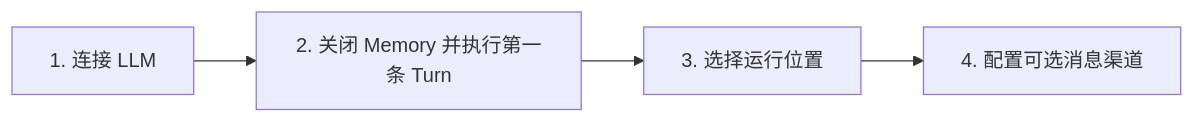
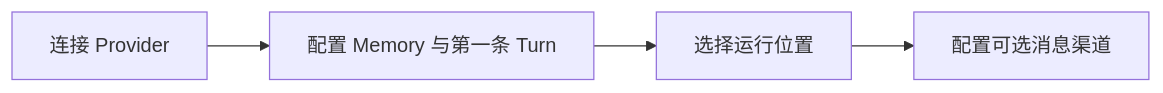
The diagram in docs/onboarding/README.zh-CN.md (Morimi-Kazuha/Looprail-Agent), drawn with Mermaid before and after one commit. The commit also changed other lines of this file and 1308 other files, not shown here.

````diff
--- a/docs/onboarding/README.zh-CN.md
+++ b/docs/onboarding/README.zh-CN.md
@@ -45,6 +47,6 @@
 ```mermaid
 flowchart LR
-    A["1. 连接 LLM"] --> B["2. 关闭 Memory 并执行第一条 Turn"]
-    B --> C["3. 选择运行位置"]
-    C --> D["4. 配置可选消息渠道"]
+    A[连接 Provider] --> B[配置 Memory 与第一条 Turn]
+    B --> C[选择运行位置]
+    C --> D[配置可选消息渠道]
 ```
````
